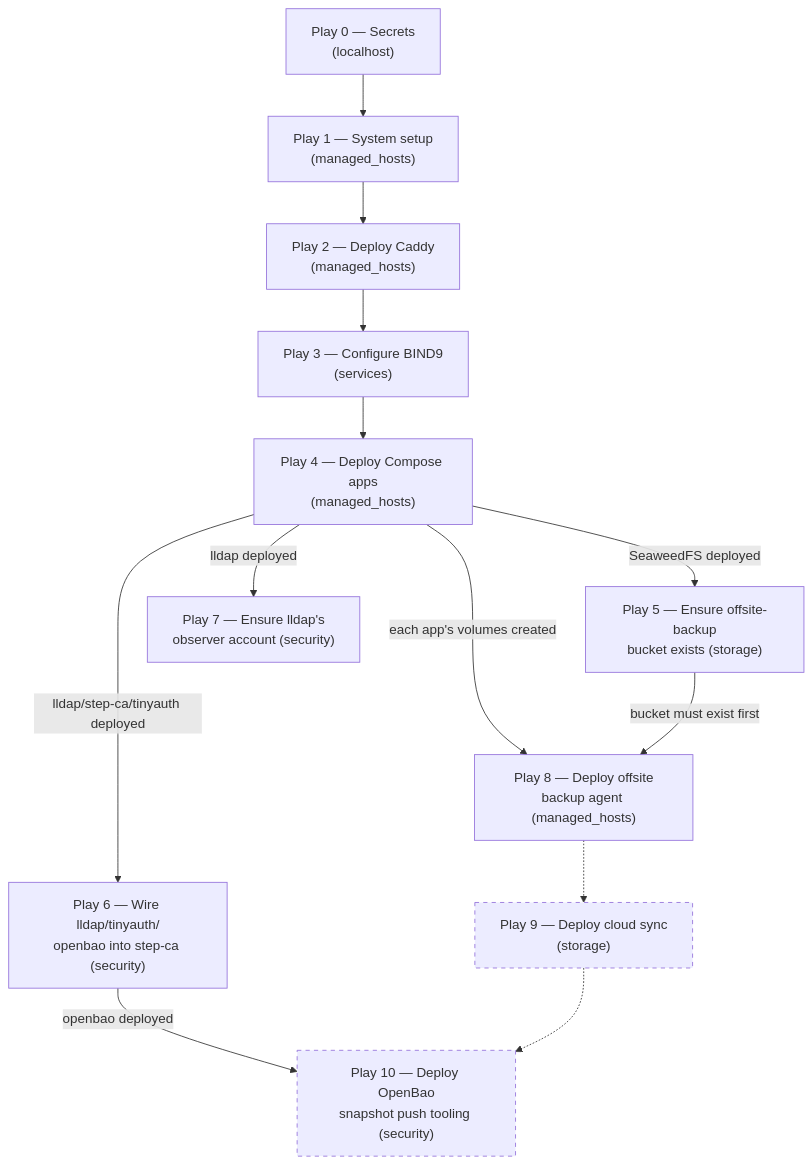
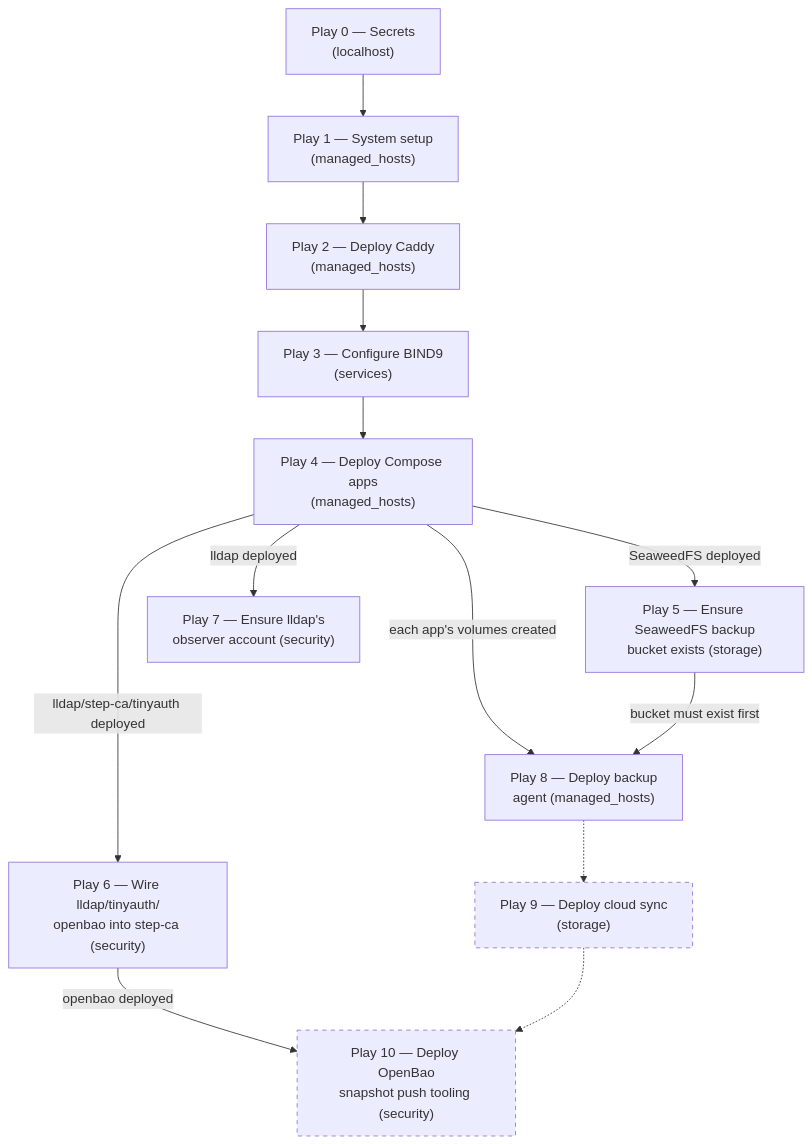
Before and after one commit to wenenhoe/homelab: the diagram in docs/deployment-flow.md, drawn with Mermaid. The commit also changed other lines of this file and 2 other files, not shown here.

````diff
--- a/docs/deployment-flow.md
+++ b/docs/deployment-flow.md
@@ -8,27 +8,27 @@
 ```mermaid
 flowchart TD
     p0["Play 0 — Secrets<br/>(localhost)"]
     p1["Play 1 — System setup<br/>(managed_hosts)"]
     p2["Play 2 — Deploy Caddy<br/>(managed_hosts)"]
     p3["Play 3 — Configure BIND9<br/>(services)"]
     p4["Play 4 — Deploy Compose apps<br/>(managed_hosts)"]
-    p5["Play 5 — Ensure offsite-backup<br/>bucket exists (storage)"]
+    p5["Play 5 — Ensure SeaweedFS backup<br/>bucket exists (storage)"]
     p6["Play 6 — Wire lldap/tinyauth/<br/>openbao into step-ca (security)"]
     p7["Play 7 — Ensure lldap's<br/>observer account (security)"]
-    p8["Play 8 — Deploy offsite<br/>backup agent (managed_hosts)"]
+    p8["Play 8 — Deploy backup<br/>agent (managed_hosts)"]
     p9["Play 9 — Deploy cloud sync<br/>(storage)"]
     p10["Play 10 — Deploy OpenBao<br/>snapshot push tooling (security)"]
 
     p0 --> p1 --> p2 --> p3 --> p4
     p4 -- "SeaweedFS deployed" --> p5
     p4 -- "lldap/step-ca/tinyauth deployed" --> p6
     p4 -- "lldap deployed" --> p7
     p4 -- "each app's volumes created" --> p8
     p5 -- "bucket must exist first" --> p8
     p8 -.-> p9
     p6 -- "openbao deployed" --> p10
     p9 -.-> p10
 
     style p9 stroke-dasharray: 5 5
     style p10 stroke-dasharray: 5 5
 ```
````
